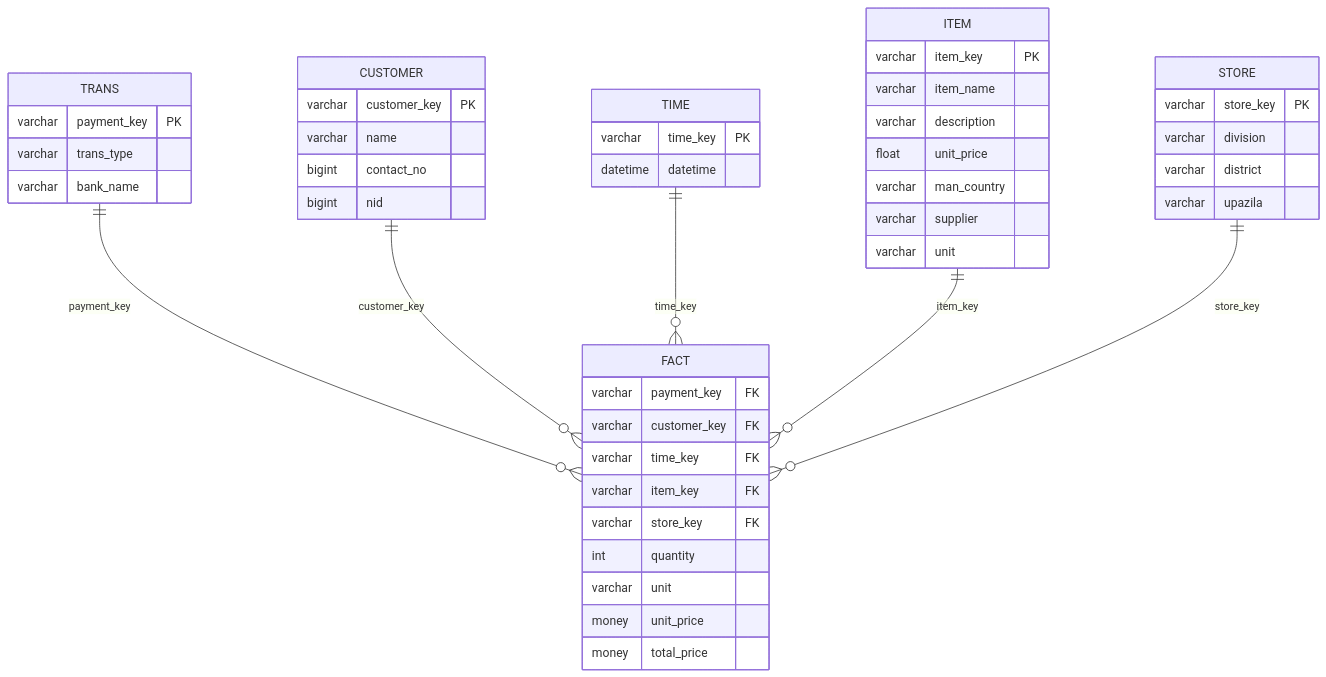
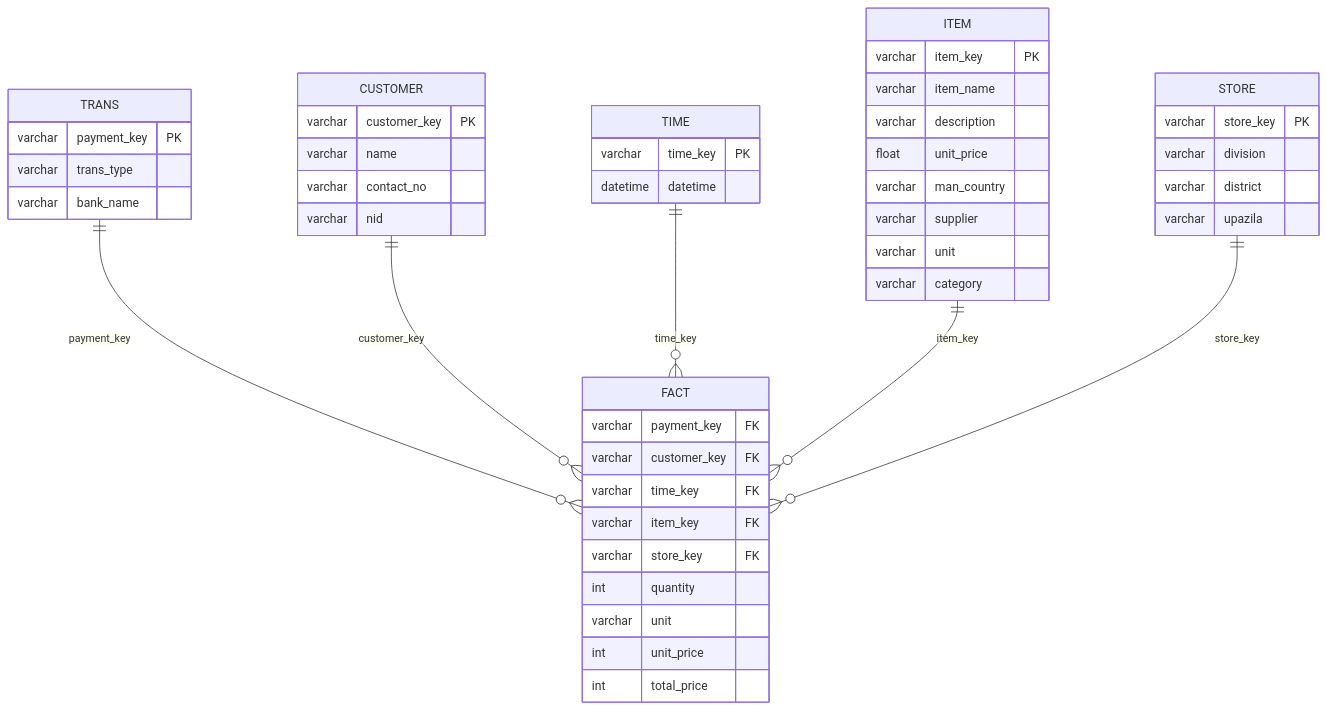
Before and after one commit to ahmedgalaaali/E-commerce-Data-Analysis-Graduation-Project: the diagram in README.md, drawn with Mermaid.

````diff
--- a/README.md
+++ b/README.md
@@ -2,55 +2,56 @@
 ```mermaid
 erDiagram
     CUSTOMER {
         varchar customer_key PK
         varchar name
-        bigint contact_no
-        bigint nid
+        varchar contact_no
+        varchar nid
     }
     
     ITEM {
         varchar item_key PK
         varchar item_name
         varchar description
         float unit_price
         varchar man_country
         varchar supplier
         varchar unit
+        varchar category
     }
     
     STORE {
         varchar store_key PK
         varchar division
         varchar district
         varchar upazila
     }
     
     TIME {
         varchar time_key PK
         datetime datetime
     }
     
     TRANS {
         varchar payment_key PK
         varchar trans_type
         varchar bank_name
     }
     
     FACT {
         varchar payment_key FK
         varchar customer_key FK
         varchar time_key FK
         varchar item_key FK
         varchar store_key FK
         int quantity
         varchar unit
-        money unit_price
-        money total_price
+        int unit_price
+        int total_price
     }
     
     TRANS ||--o{ FACT : "payment_key"
     CUSTOMER ||--o{ FACT : "customer_key"
     TIME ||--o{ FACT : "time_key"
     ITEM ||--o{ FACT : "item_key"
     STORE ||--o{ FACT : "store_key"
 ```
````
